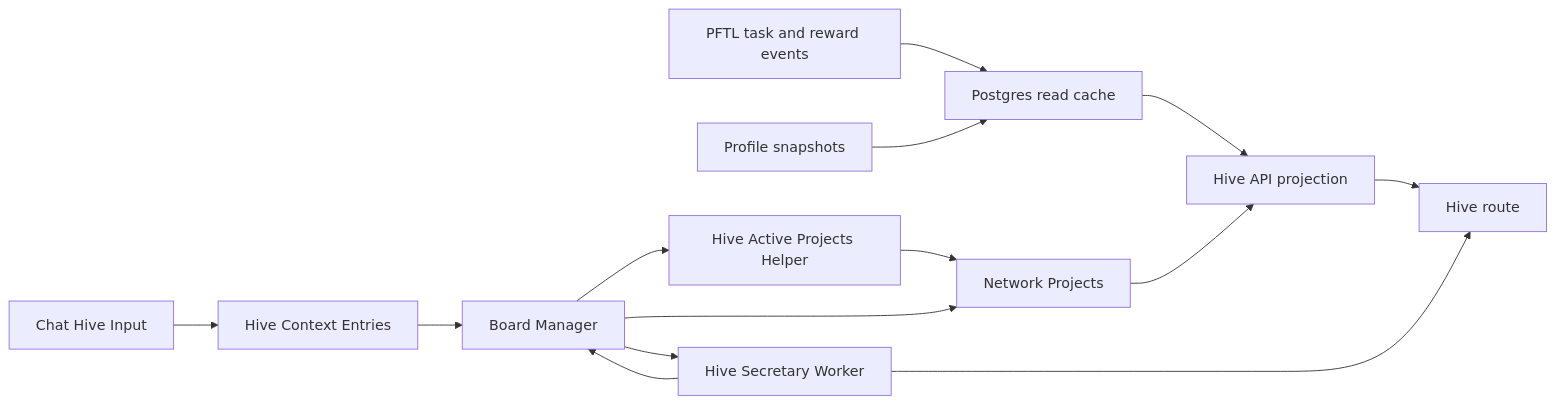
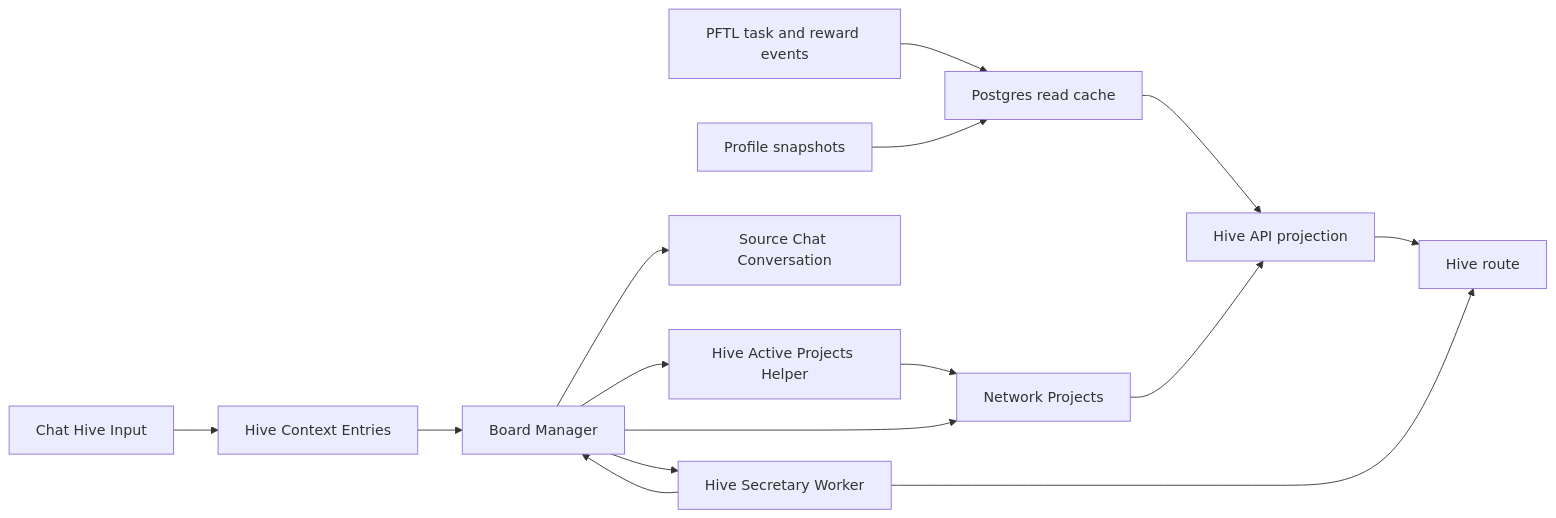
The diagram in docs/wiki/surfaces/hive.md (postfiatorg/tasknode), drawn with Mermaid before and after one commit. The commit also changed other lines of this file and 8 other files, not shown here.

Commit message:
Route Board Manager responses into chat

````diff
--- a/docs/wiki/surfaces/hive.md
+++ b/docs/wiki/surfaces/hive.md
@@ -173,16 +176,17 @@
 ```mermaid
 flowchart LR
   PFTL[PFTL task and reward events] --> Cache[Postgres read cache]
   Profiles[Profile snapshots] --> Cache
   Cache --> HiveAPI[Hive API projection]
   HiveAPI --> HiveUI[Hive route]
   HiveInput[Chat Hive Input] --> HiveContext[Hive Context Entries]
   HiveContext --> Manager[Board Manager]
+  Manager --> Chat[Source Chat Conversation]
   Secretary[Hive Secretary Worker] --> Manager
   Manager --> Secretary
   Manager --> ProjectPlanner[Hive Active Projects Helper]
   ProjectPlanner --> Projects[Network Projects]
   Manager --> Projects
   Projects --> HiveAPI
   Secretary --> HiveUI
 ```
````
